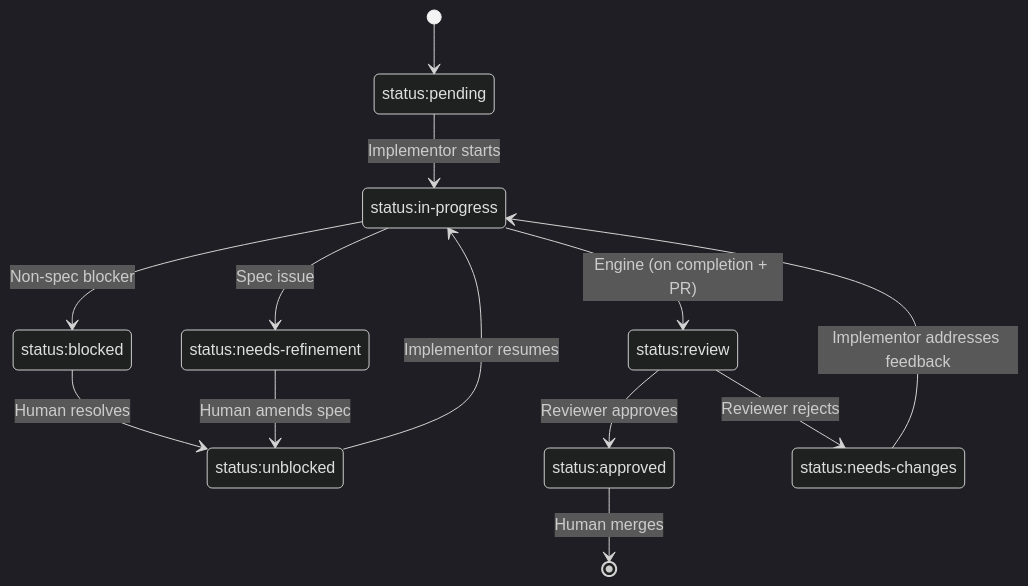
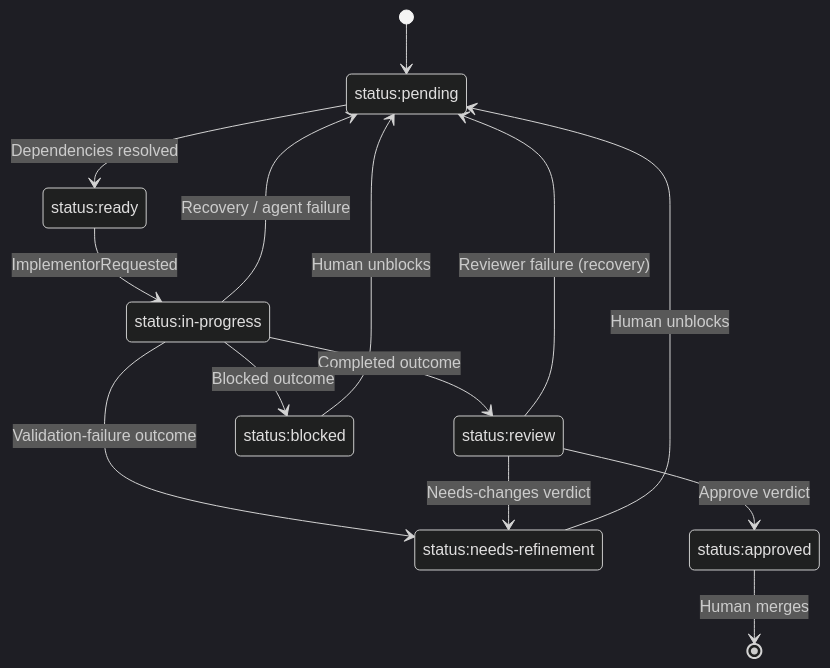
The third of 3 diagrams in docs/specs/decree/workflow.md (zgeoff/decree), drawn with Mermaid (dark theme) before and after one commit. The commit also changed other lines of this file and 9 other files, not shown here.

````diff
--- a/docs/specs/decree/workflow.md
+++ b/docs/specs/decree/workflow.md
@@ -204,24 +230,24 @@
 ```mermaid
 stateDiagram-v2
     state "status:pending" as pending
+    state "status:ready" as ready
     state "status:in-progress" as in_progress
     state "status:review" as review
     state "status:blocked" as blocked
     state "status:needs-refinement" as needs_refinement
-    state "status:unblocked" as unblocked
     state "status:approved" as approved
-    state "status:needs-changes" as needs_changes
 
     [*] --> pending
-    pending --> in_progress : Implementor starts
-    in_progress --> review : Engine (on completion + PR)
-    in_progress --> blocked : Non-spec blocker
-    in_progress --> needs_refinement : Spec issue
-    blocked --> unblocked : Human resolves
-    needs_refinement --> unblocked : Human amends spec
-    unblocked --> in_progress : Implementor resumes
-    review --> approved : Reviewer approves
-    review --> needs_changes : Reviewer rejects
-    needs_changes --> in_progress : Implementor addresses feedback
+    pending --> ready : Dependencies resolved
+    ready --> in_progress : ImplementorRequested
+    in_progress --> review : Completed outcome
+    in_progress --> blocked : Blocked outcome
+    in_progress --> needs_refinement : Validation-failure outcome
+    in_progress --> pending : Recovery / agent failure
+    review --> approved : Approve verdict
+    review --> needs_refinement : Needs-changes verdict
+    review --> pending : Reviewer failure (recovery)
+    needs_refinement --> pending : Human unblocks
+    blocked --> pending : Human unblocks
     approved --> [*] : Human merges
 ```
````
